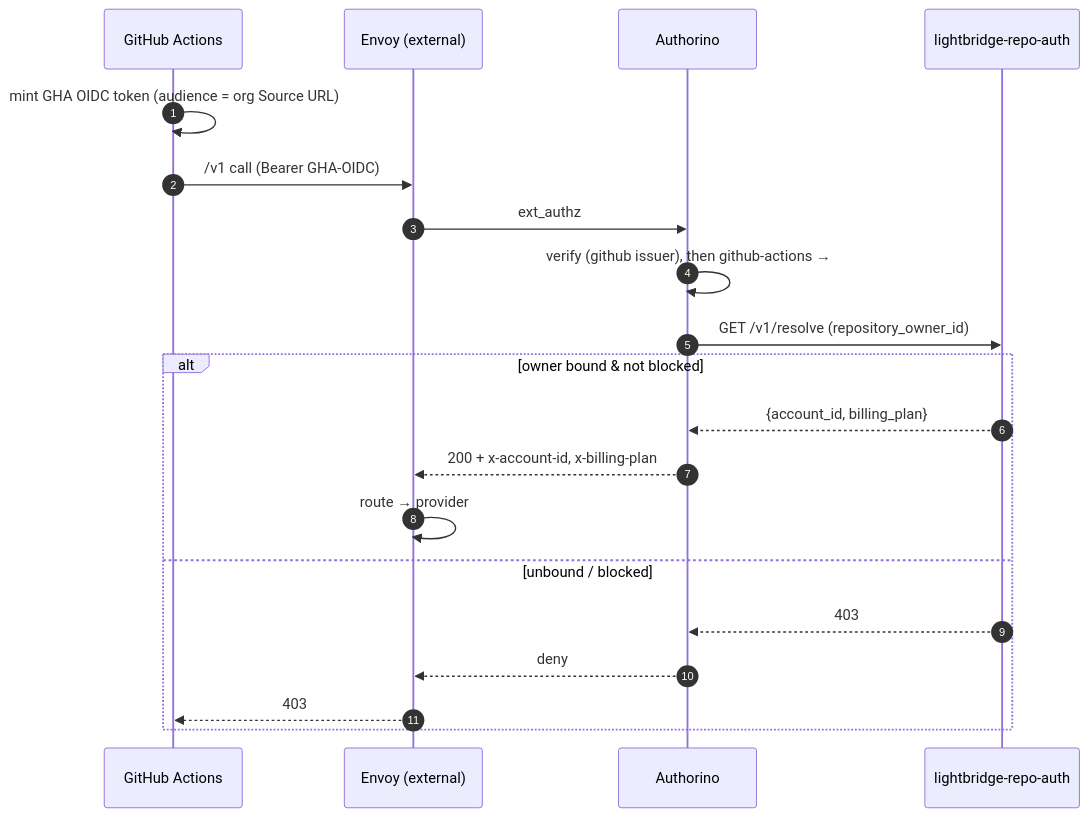
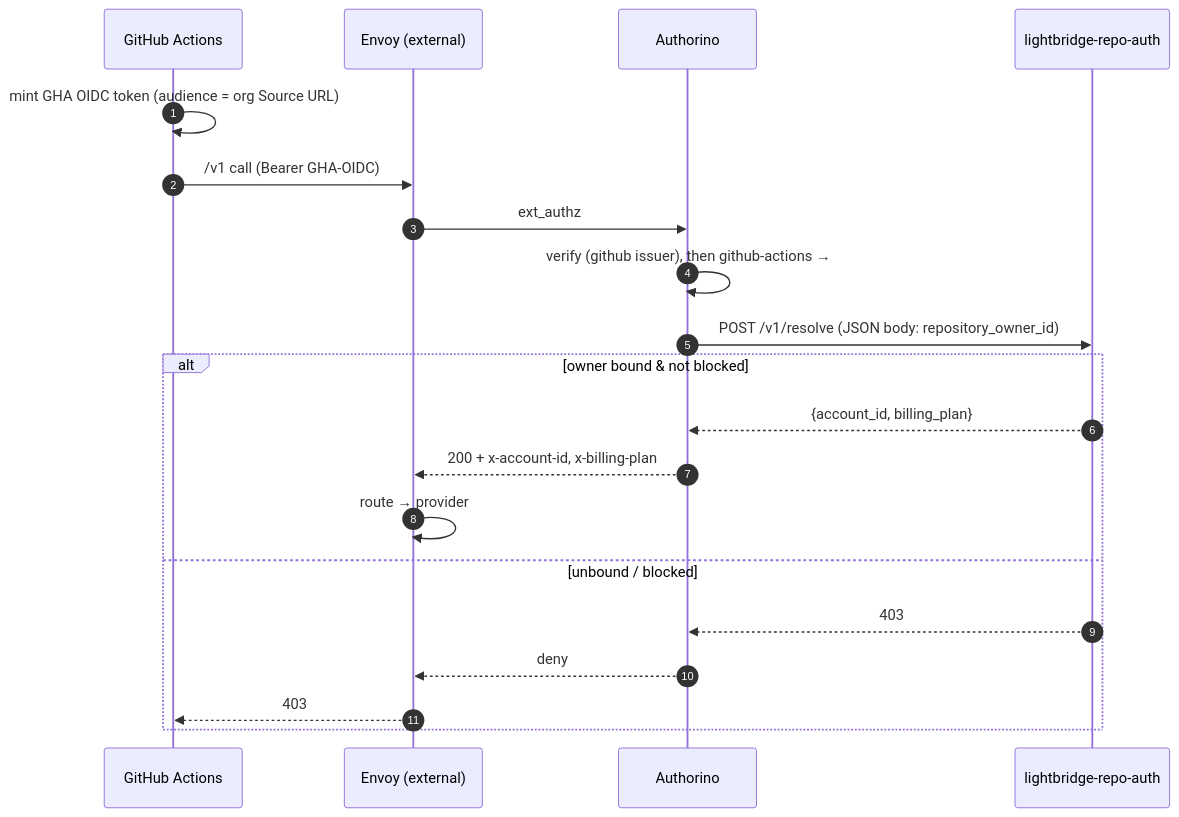
The fourth of 5 diagrams in docs/architecture/03-gateway-components.md (ADORSYS-GIS/ai-helm), drawn with Mermaid before and after one commit. The commit also changed other lines of this file and 9 other files, not shown here.

````diff
--- a/docs/architecture/03-gateway-components.md
+++ b/docs/architecture/03-gateway-components.md
@@ -108,23 +108,23 @@
 ```mermaid
 sequenceDiagram
     autonumber
     participant W as GitHub Actions
     participant E as Envoy (external)
     participant A as Authorino
     participant RA as lightbridge-repo-auth
 
     W->>W: mint GHA OIDC token (audience = org Source URL)
     W->>E: /v1 call (Bearer GHA-OIDC)
     E->>A: ext_authz
     A->>A: verify (github issuer), then github-actions →
-    A->>RA: GET /v1/resolve (repository_owner_id)
+    A->>RA: POST /v1/resolve (JSON body: repository_owner_id)
     alt owner bound & not blocked
         RA-->>A: {account_id, billing_plan}
         A-->>E: 200 + x-account-id, x-billing-plan
         E->>E: route → provider
     else unbound / blocked
         RA-->>A: 403
         A-->>E: deny
         E-->>W: 403
     end
 ```
````
